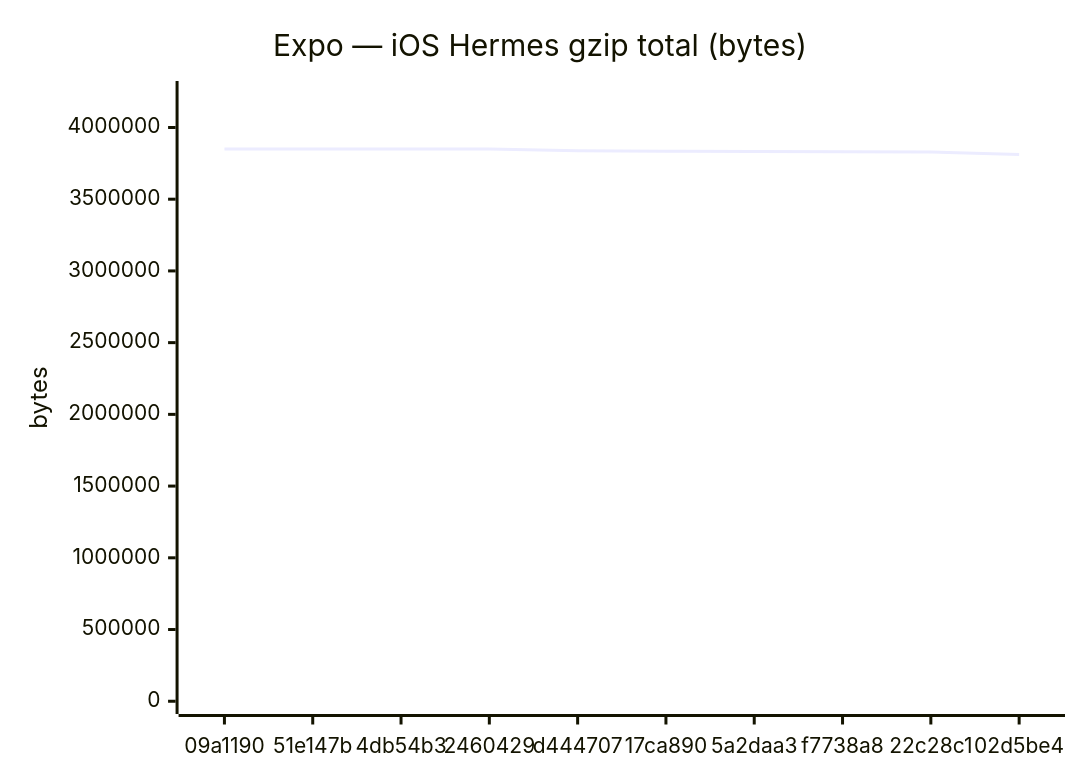
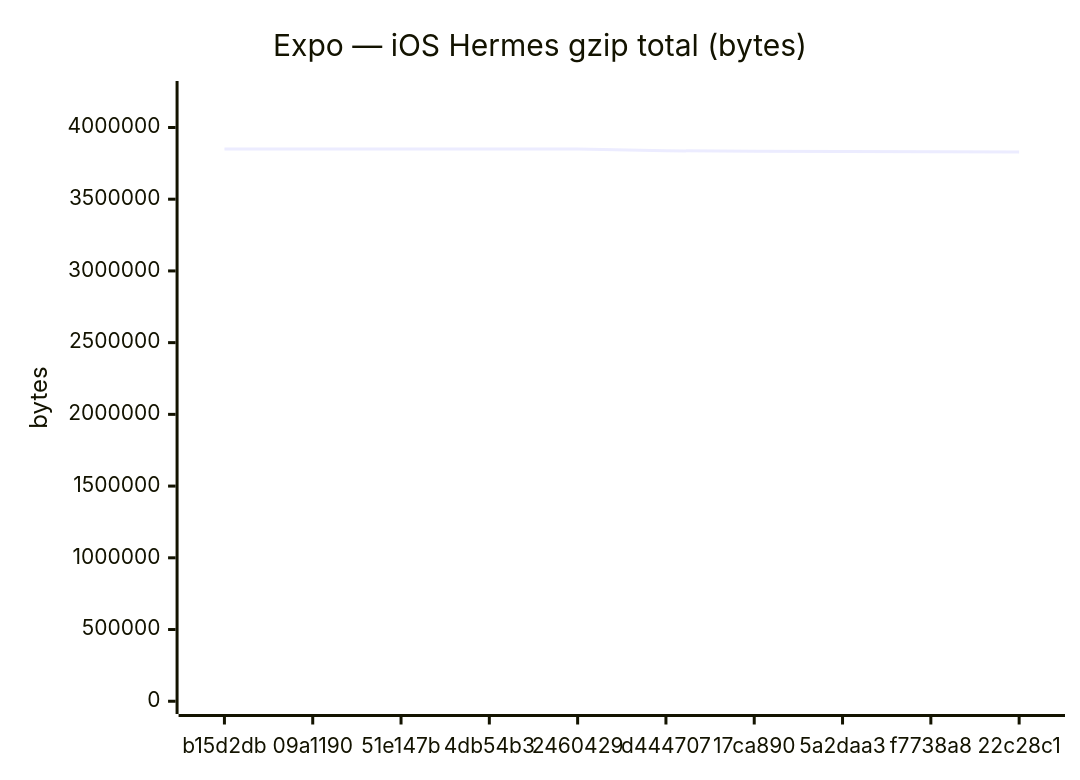
The sixth of 18 diagrams in benchmarks/compare.md (Metaheurist/Rianell), drawn with Mermaid before and after one commit. The commit also changed other lines of this file and 11 other files, not shown here.

````diff
--- a/benchmarks/compare.md
+++ b/benchmarks/compare.md
@@ -96,7 +96,7 @@
 ```mermaid
 xychart-beta
     title "Expo — iOS Hermes gzip total (bytes)"
-    x-axis ["09a1190", "51e147b", "4db54b3", "2460429", "d444707", "17ca890", "5a2daa3", "f7738a8", "22c28c1", "02d5be4"]
+    x-axis ["b15d2db", "09a1190", "51e147b", "4db54b3", "2460429", "d444707", "17ca890", "5a2daa3", "f7738a8", "22c28c1"]
     y-axis "bytes" 0 --> 4235116
-    line [3850104, 3850105, 3850105, 3850104, 3837764, 3833771, 3832292, 3830296, 3828818, 3810818]
+    line [3849366, 3850104, 3850105, 3850105, 3850104, 3837764, 3833771, 3832292, 3830296, 3828818]
 ```
````
